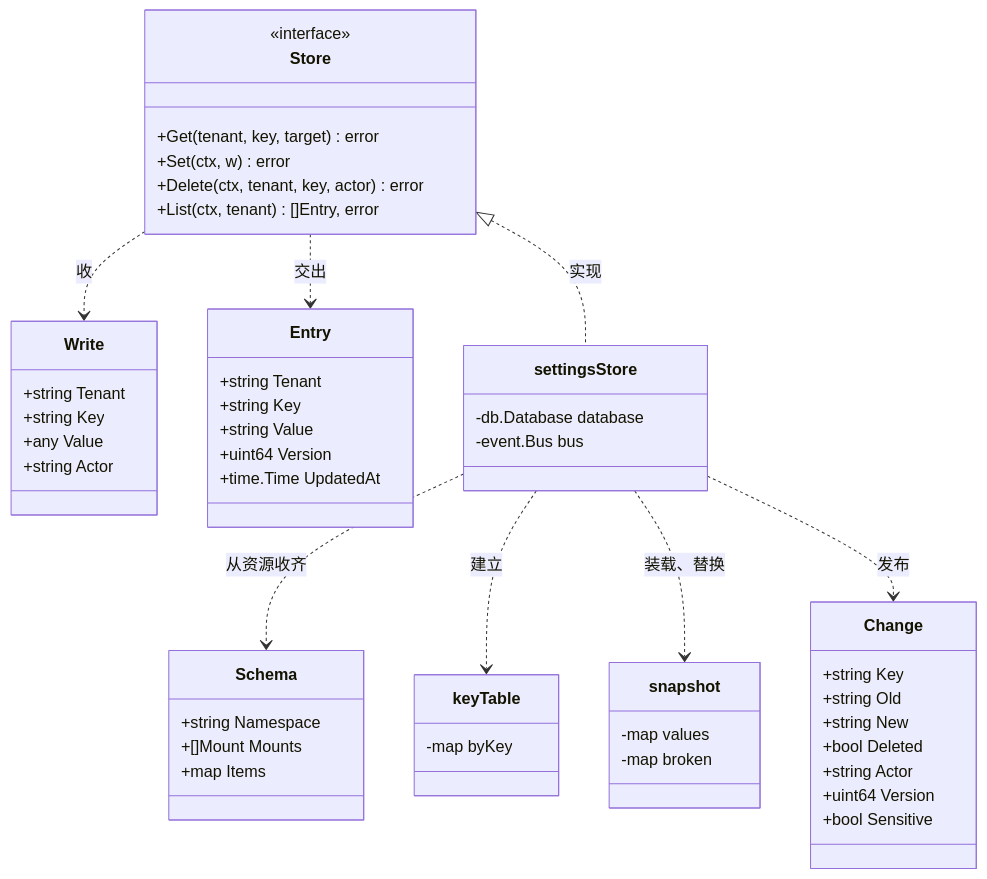
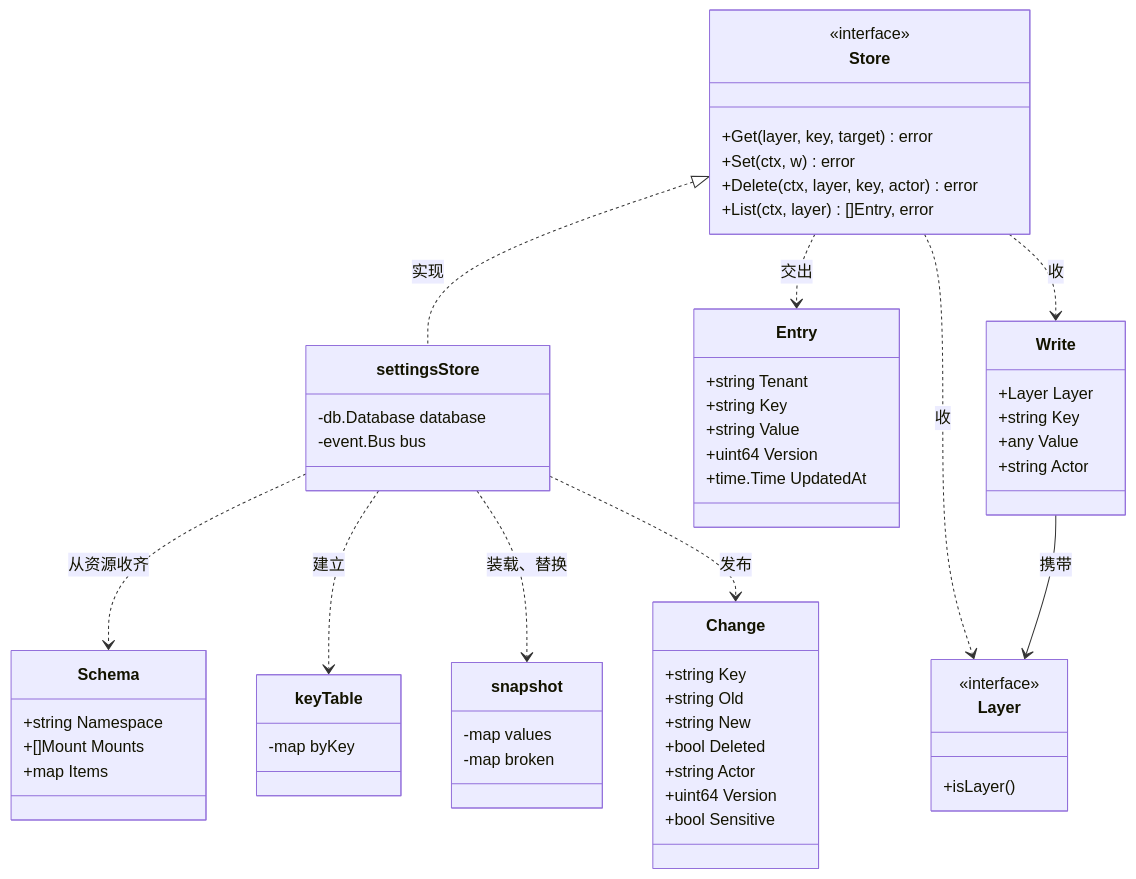
One commit to wangzw/speed changed the first of 3 diagrams in docs/design/modules/design-settings.md. Above: the diagram before and after it, drawn with Mermaid. The commit also changed other lines of this file and 40 other files, not shown here.

````diff
--- a/docs/design/modules/design-settings.md
+++ b/docs/design/modules/design-settings.md
@@ -254,55 +268,61 @@
 ```mermaid
 classDiagram
+    class Layer {
+        <<interface>>
+        +isLayer()
+    }
     class Store {
         <<interface>>
-        +Get(tenant, key, target) error
+        +Get(layer, key, target) error
         +Set(ctx, w) error
-        +Delete(ctx, tenant, key, actor) error
-        +List(ctx, tenant) []Entry, error
+        +Delete(ctx, layer, key, actor) error
+        +List(ctx, layer) []Entry, error
     }
     class Schema {
         +string Namespace
         +[]Mount Mounts
         +map Items
     }
     class Write {
-        +string Tenant
+        +Layer Layer
         +string Key
         +any Value
         +string Actor
     }
     class Entry {
         +string Tenant
         +string Key
         +string Value
         +uint64 Version
         +time.Time UpdatedAt
     }
     class Change {
         +string Key
         +string Old
         +string New
         +bool Deleted
         +string Actor
         +uint64 Version
         +bool Sensitive
     }
     class keyTable {
         -map byKey
     }
     class snapshot {
         -map values
         -map broken
     }
     class settingsStore {
         -db.Database database
         -event.Bus bus
     }
     Store <|.. settingsStore : 实现
     settingsStore ..> Schema : 从资源收齐
     settingsStore ..> keyTable : 建立
     settingsStore ..> snapshot : 装载、替换
+    Store ..> Layer : 收
+    Write --> Layer : 携带
     Store ..> Write : 收
     Store ..> Entry : 交出
     settingsStore ..> Change : 发布
 ```
````
